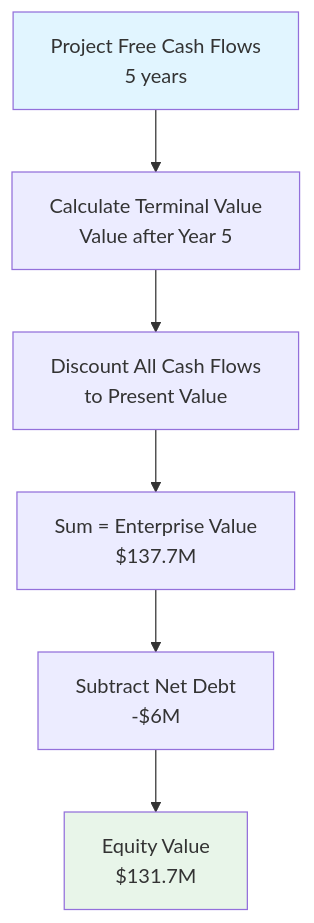
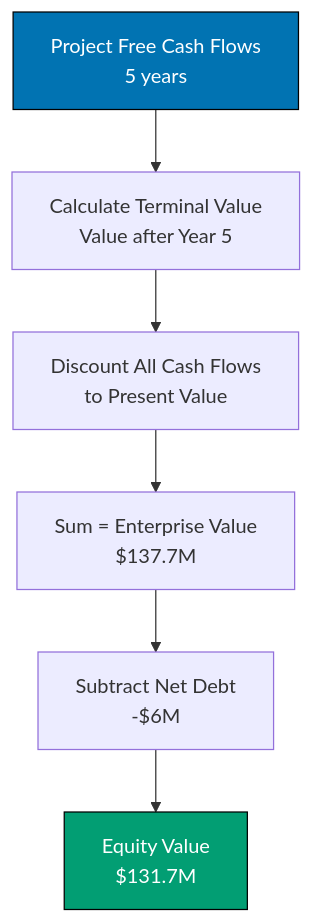
Before and after one commit to wahidyankf/open-sharia-enterprise: diagram 12 of 12 in docs/tutorials/business-and-finance/tu-bufi__corporate-finance.md, drawn with Mermaid. The commit also changed other lines of this file and 22 other files, not shown here.

First line of the commit message:
docs(diagrams): ensure all mermaid diagrams use color-blind friendly palette

````diff
--- a/docs/tutorials/business-and-finance/tu-bufi__corporate-finance.md
+++ b/docs/tutorials/business-and-finance/tu-bufi__corporate-finance.md
@@ -1353,11 +1389,11 @@
 ```mermaid
 flowchart TD
 	A[Project Free Cash Flows<br/>5 years] --> B[Calculate Terminal Value<br/>Value after Year 5]
 	B --> C[Discount All Cash Flows<br/>to Present Value]
 	C --> D[Sum = Enterprise Value<br/>$137.7M]
 	D --> E[Subtract Net Debt<br/>-$6M]
 	E --> F[Equity Value<br/>$131.7M]
 
-	style A fill:#e1f5ff
-	style F fill:#e8f5e9
+	style A fill:#0173B2,stroke:#000000,color:#FFFFFF
+	style F fill:#029E73,stroke:#000000,color:#FFFFFF
 ```
````
